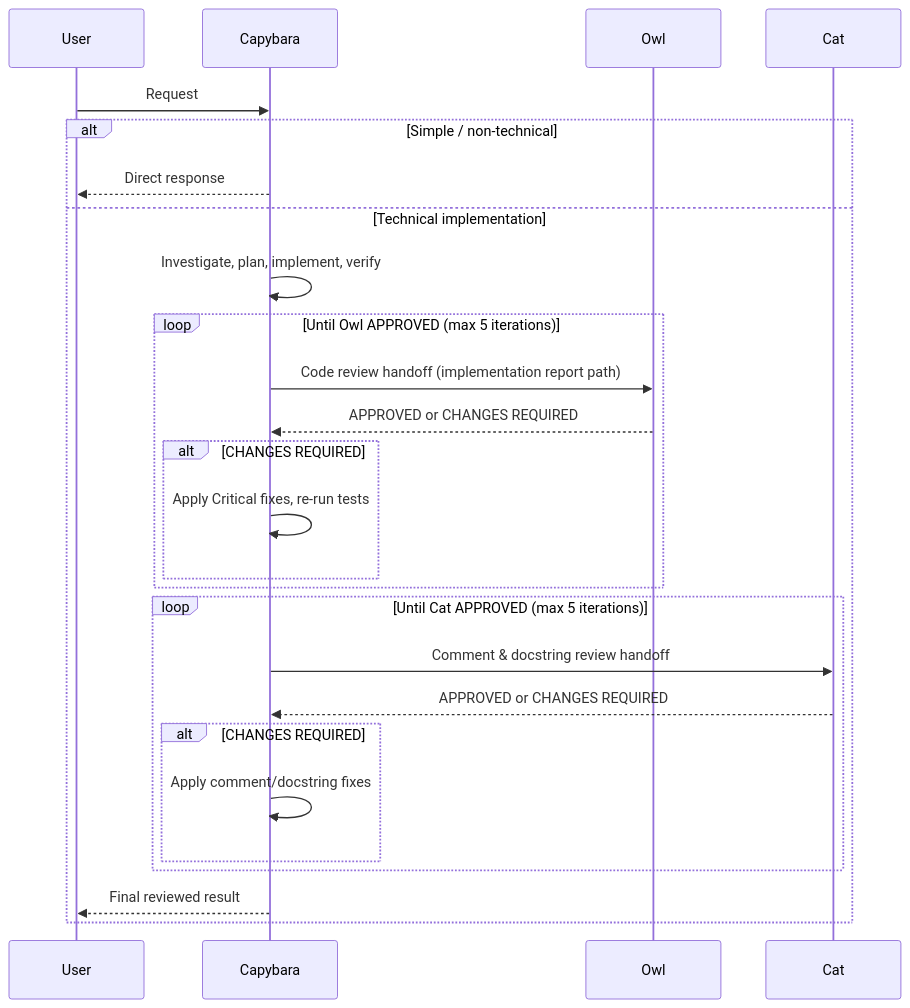
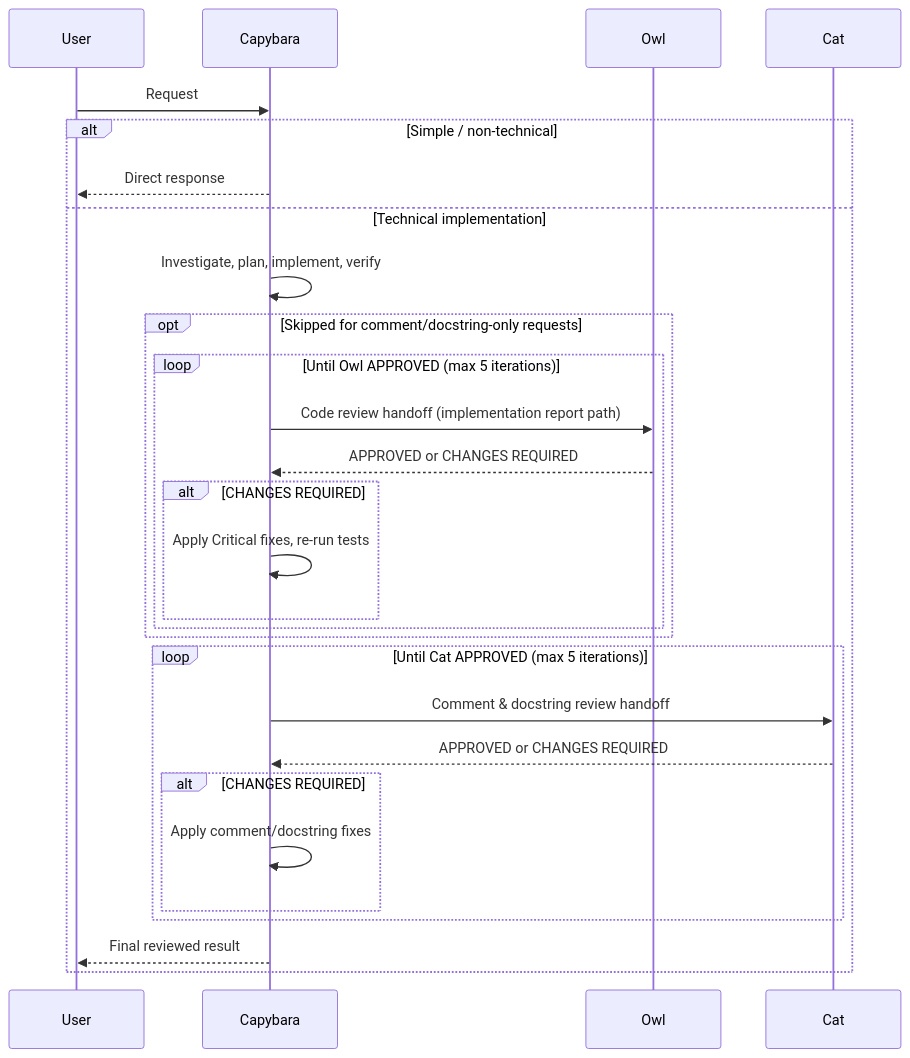
One commit to kevinkwee/github-copilot-squad-simplified changed the second of 2 diagrams in README.md. Above: the diagram before and after it, drawn with Mermaid. The commit also changed other lines of this file and 1 other file, not shown here.

Commit message:
feat: skip Owl review for comment/docstring-only requests

````diff
--- a/README.md
+++ b/README.md
@@ -124,30 +127,32 @@
 ```mermaid
 sequenceDiagram
   participant U as User
   participant C as Capybara
   participant W as Owl
   participant A as Cat
 
   U->>C: Request
 
   alt Simple / non-technical
     C-->>U: Direct response
   else Technical implementation
     C->>C: Investigate, plan, implement, verify
-    loop Until Owl APPROVED (max 5 iterations)
-      C->>W: Code review handoff (implementation report path)
-      W-->>C: APPROVED or CHANGES REQUIRED
-      alt CHANGES REQUIRED
-        C->>C: Apply Critical fixes, re-run tests
+    opt Skipped for comment/docstring-only requests
+      loop Until Owl APPROVED (max 5 iterations)
+        C->>W: Code review handoff (implementation report path)
+        W-->>C: APPROVED or CHANGES REQUIRED
+        alt CHANGES REQUIRED
+          C->>C: Apply Critical fixes, re-run tests
+        end
       end
     end
     loop Until Cat APPROVED (max 5 iterations)
       C->>A: Comment & docstring review handoff
       A-->>C: APPROVED or CHANGES REQUIRED
       alt CHANGES REQUIRED
         C->>C: Apply comment/docstring fixes
       end
     end
     C-->>U: Final reviewed result
   end
 ```
````
